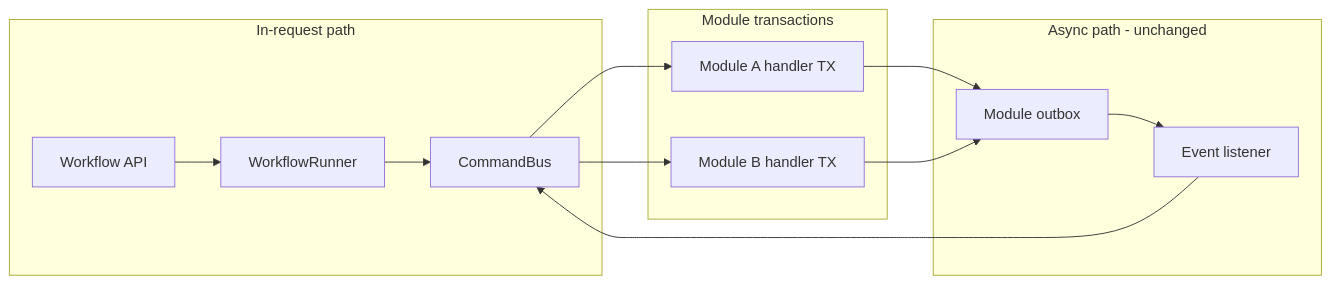
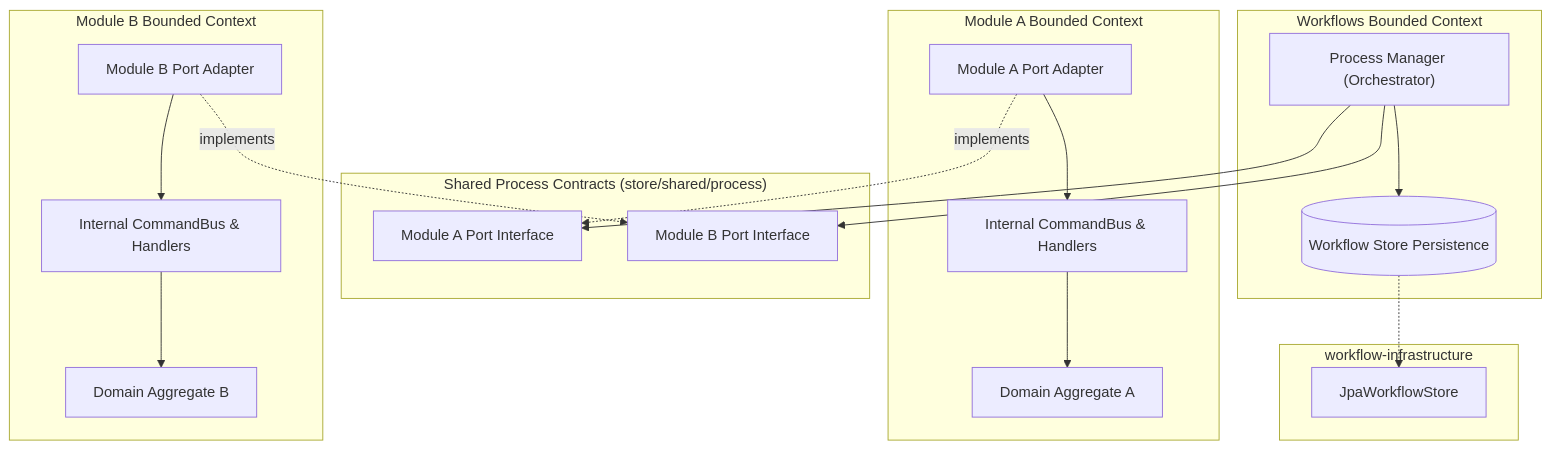
One commit to khinemyaezin/grab changed the first of 5 diagrams in docs/system/ADR_006-Orchestrated_saga_architecture.md. Above: the diagram before and after it, drawn with Mermaid. The commit also changed other lines of this file and 32 other files, not shown here.

````diff
--- a/docs/system/ADR_006-Orchestrated_saga_architecture.md
+++ b/docs/system/ADR_006-Orchestrated_saga_architecture.md
@@ -158,25 +39,38 @@
 ```mermaid
-flowchart LR
-  subgraph Request["In-request path"]
-    API["Workflow API"]
-    Runner["WorkflowRunner"]
-    CB["CommandBus"]
-    API --> Runner --> CB
+flowchart TD
+  subgraph Workflows_BC ["Workflows Bounded Context"]
+    PM["Process Manager (Orchestrator)"]
+    PS[("Workflow Store Persistence")]
+    PM --> PS
   end
 
-  subgraph Modules["Module transactions"]
-    ModA["Module A handler TX"]
-    ModB["Module B handler TX"]
+  subgraph Workflow_Infra ["workflow-infrastructure"]
+    JpaStore["JpaWorkflowStore"]
   end
 
-  subgraph Async["Async path - unchanged"]
-    Outbox["Module outbox"]
-    Listener["Event listener"]
-    Outbox --> Listener --> CB
+  PS -.-> JpaStore
+
+  subgraph Shared_Contracts ["Shared Process Contracts (store/shared/process)"]
+    PortA["Module A Port Interface"]
+    PortB["Module B Port Interface"]
   end
 
-  CB --> ModA
-  CB --> ModB
-  ModA --> Outbox
-  ModB --> Outbox
+  subgraph ModuleA_BC ["Module A Bounded Context"]
+    AdapterA["Module A Port Adapter"]
+    CmdA["Internal CommandBus & Handlers"]
+    AggA["Domain Aggregate A"]
+    AdapterA --> CmdA --> AggA
+  end
+
+  subgraph ModuleB_BC ["Module B Bounded Context"]
+    AdapterB["Module B Port Adapter"]
+    CmdB["Internal CommandBus & Handlers"]
+    AggB["Domain Aggregate B"]
+    AdapterB --> CmdB --> AggB
+  end
+
+  PM --> PortA
+  PM --> PortB
+  AdapterA -.->|implements| PortA
+  AdapterB -.->|implements| PortB
 ```
````
